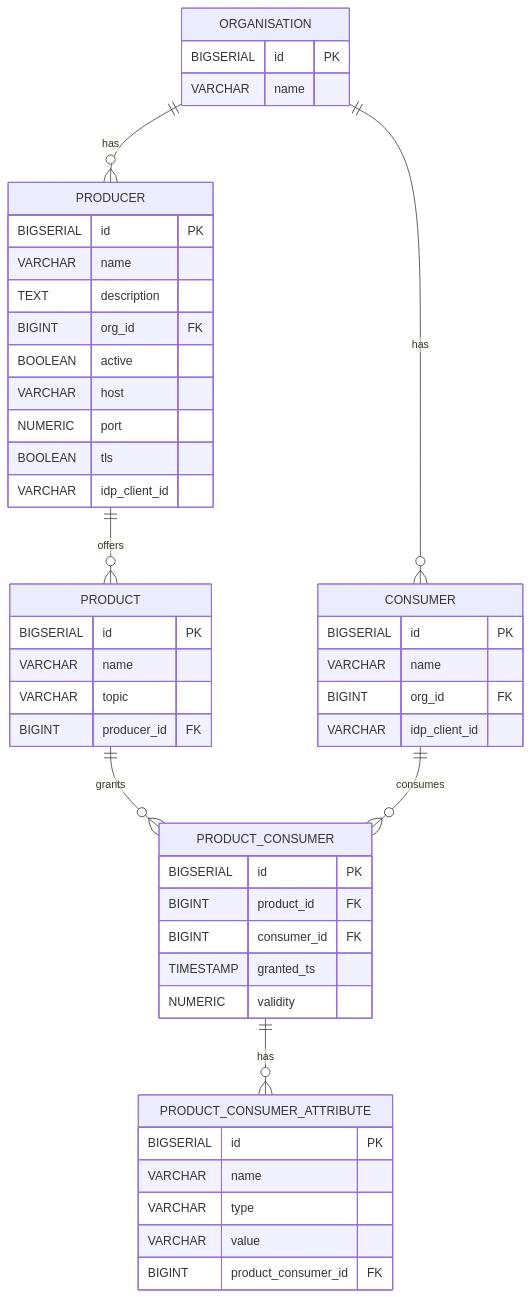
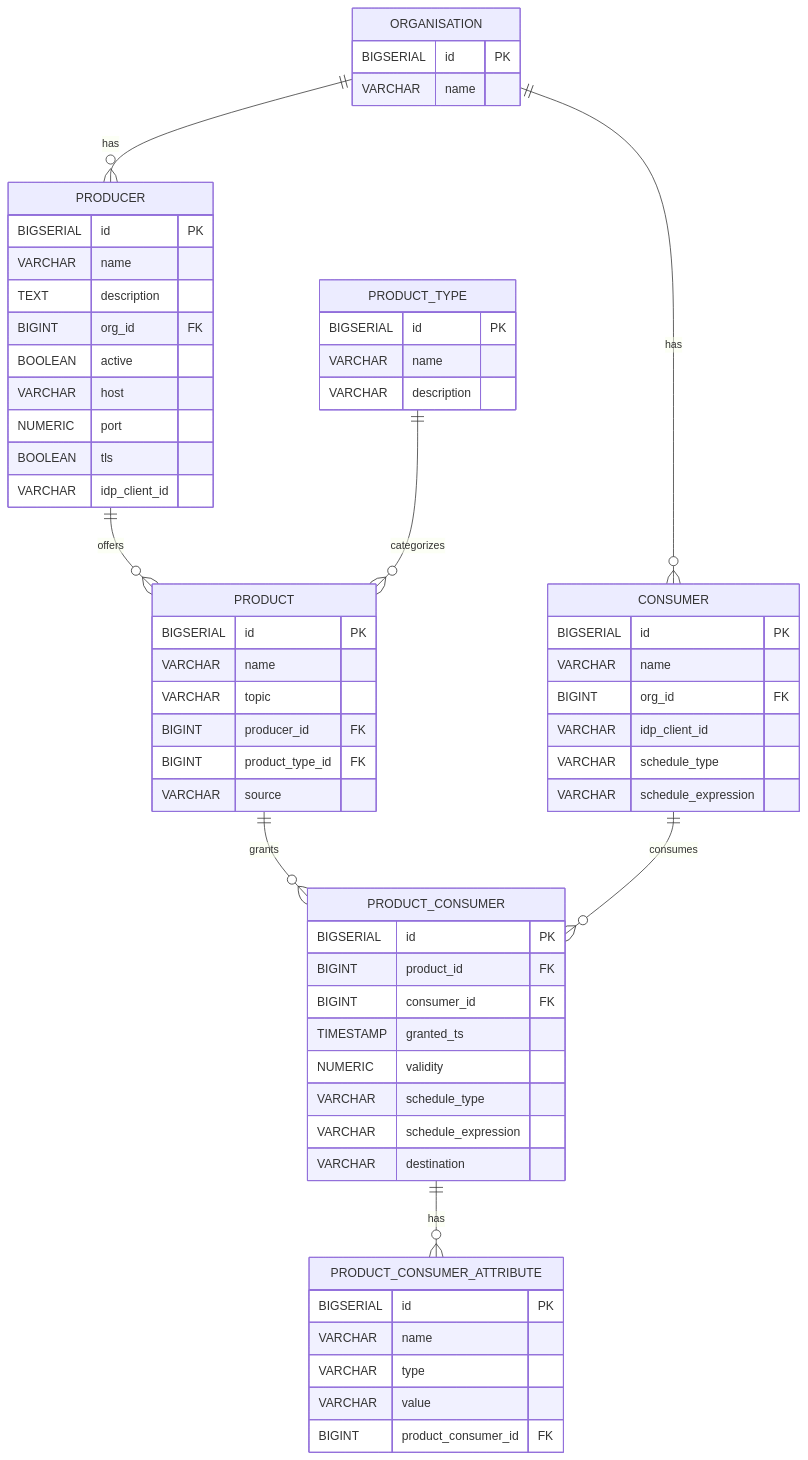
One commit to National-Digital-Twin/management-node changed the diagram in docs/DATABASE_SCHEMA.md. Above: the diagram before and after it, drawn with Mermaid. The commit also changed other lines of this file and 1 other file, not shown here.

First line of the commit message:
Add detailed documentation for job scheduling and database schema updates

````diff
--- a/docs/DATABASE_SCHEMA.md
+++ b/docs/DATABASE_SCHEMA.md
@@ -24,53 +21,65 @@
 ```mermaid
 erDiagram
   ORGANISATION ||--o{ PRODUCER : has
   ORGANISATION ||--o{ CONSUMER : has
   PRODUCER ||--o{ PRODUCT : offers
   PRODUCT ||--o{ PRODUCT_CONSUMER : grants
   CONSUMER ||--o{ PRODUCT_CONSUMER : consumes
   PRODUCT_CONSUMER ||--o{ PRODUCT_CONSUMER_ATTRIBUTE : has
+  PRODUCT_TYPE ||--o{ PRODUCT : categorizes
 
   ORGANISATION {
     BIGSERIAL id PK
     VARCHAR name
   }
   PRODUCER {
     BIGSERIAL id PK
     VARCHAR name
     TEXT description
     BIGINT org_id FK
 
     BOOLEAN active
     VARCHAR host
     NUMERIC port
     BOOLEAN tls
     VARCHAR idp_client_id
   }
   CONSUMER {
     BIGSERIAL id PK
     VARCHAR name
     BIGINT org_id FK
     VARCHAR idp_client_id
+    VARCHAR schedule_type
+    VARCHAR schedule_expression
+  }
+  PRODUCT_TYPE {
+    BIGSERIAL id PK
+    VARCHAR name
+    VARCHAR description
   }
   PRODUCT {
     BIGSERIAL id PK
     VARCHAR name
     VARCHAR topic
     BIGINT producer_id FK
+    BIGINT product_type_id FK
+    VARCHAR source
   }
   PRODUCT_CONSUMER {
     BIGSERIAL id PK
     BIGINT product_id FK
     BIGINT consumer_id FK
     TIMESTAMP granted_ts
     NUMERIC validity
-
+    VARCHAR schedule_type
+    VARCHAR schedule_expression
+    VARCHAR destination
   }
   PRODUCT_CONSUMER_ATTRIBUTE {
     BIGSERIAL id PK
     VARCHAR name
     VARCHAR type
     VARCHAR value
     BIGINT product_consumer_id FK
   }
 ```
````
